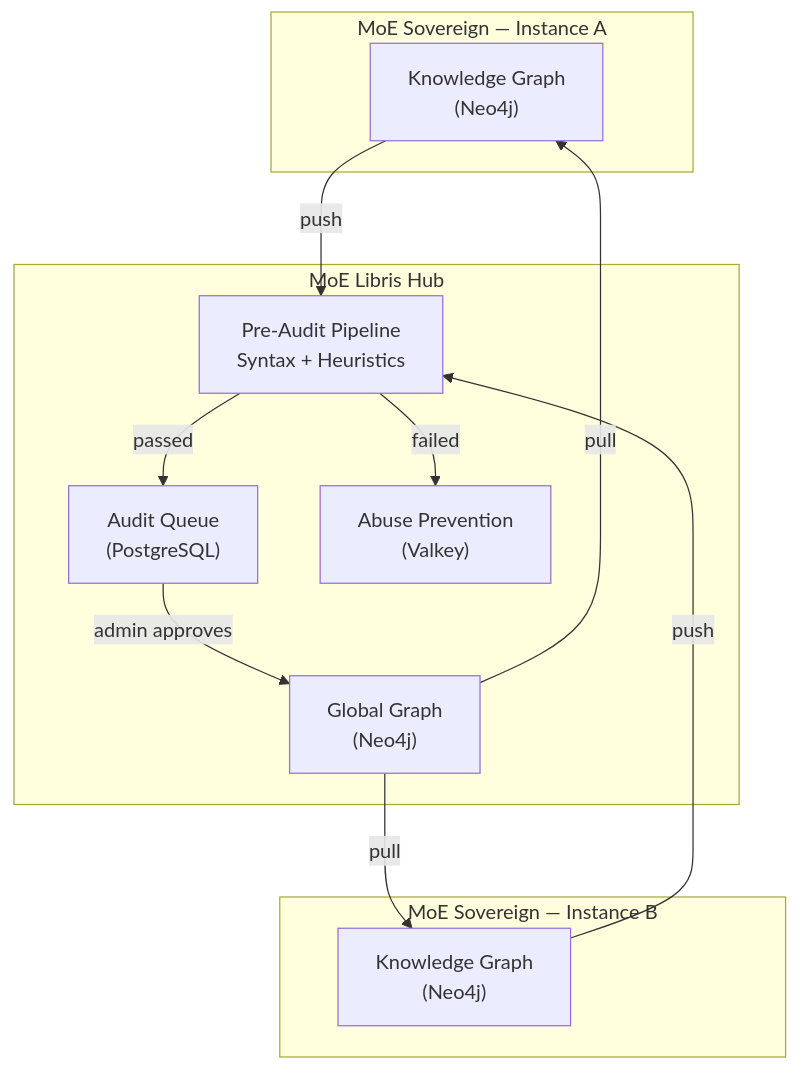
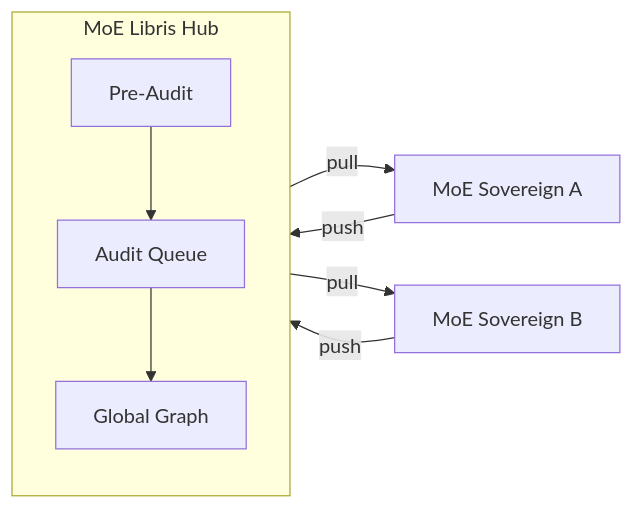
The diagram in README.md (h3rb3rn/moe-libris), drawn with Mermaid before and after one commit. The commit also changed other lines of this file and 1 other file, not shown here.

````diff
--- a/README.md
+++ b/README.md
@@ -16,25 +29,11 @@
 ```mermaid
-graph TB
-    subgraph A["MoE Sovereign — Instance A"]
-        A_KG["Knowledge Graph<br/>(Neo4j)"]
-    end
+graph LR
+    A["MoE Sovereign A"] -->|push| Hub["MoE Libris Hub"]
+    B["MoE Sovereign B"] -->|push| Hub
+    Hub -->|pull| A
+    Hub -->|pull| B
 
     subgraph Hub["MoE Libris Hub"]
-        PA["Pre-Audit Pipeline<br/>Syntax + Heuristics"]
-        AQ["Audit Queue<br/>(PostgreSQL)"]
-        GG["Global Graph<br/>(Neo4j)"]
-        VK["Abuse Prevention<br/>(Valkey)"]
-        PA -->|passed| AQ
-        PA -->|failed| VK
-        AQ -->|admin approves| GG
+        PA["Pre-Audit"] --> AQ["Audit Queue"] --> GG["Global Graph"]
     end
-
-    subgraph B["MoE Sovereign — Instance B"]
-        B_KG["Knowledge Graph<br/>(Neo4j)"]
-    end
-
-    A_KG -->|push| PA
-    B_KG -->|push| PA
-    GG -->|pull| A_KG
-    GG -->|pull| B_KG
 ```
````
